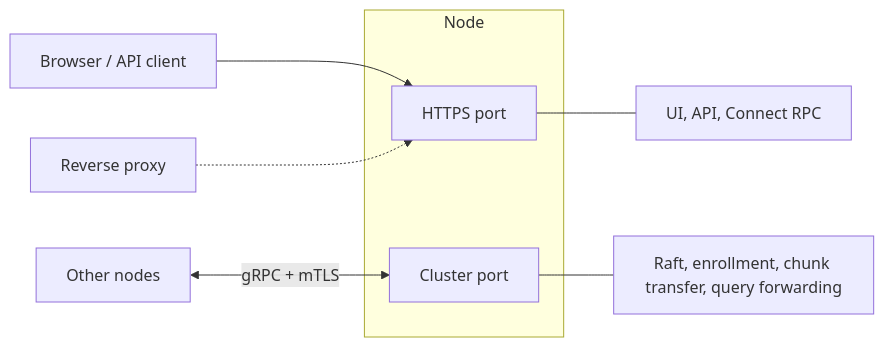
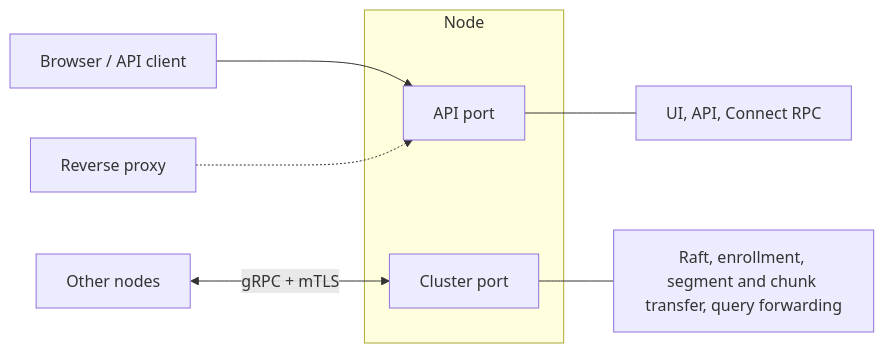
One commit to kluzzebass/gastrolog changed the first of 5 diagrams in docs/cluster_enrollment.md. Above: the diagram before and after it, drawn with Mermaid. The commit also changed other lines of this file and 112 other files, not shown here.

````diff
--- a/docs/cluster_enrollment.md
+++ b/docs/cluster_enrollment.md
@@ -16,14 +16,14 @@
 ```mermaid
 flowchart LR
     subgraph Node
-        HTTPS["HTTPS port"]
+        API["API port"]
         Cluster["Cluster port"]
     end
 
-    Browser["Browser / API client"] --> HTTPS
-    Proxy["Reverse proxy"] -.-> HTTPS
+    Browser["Browser / API client"] --> API
+    Proxy["Reverse proxy"] -.-> API
     OtherNode["Other nodes"] <-->|"gRPC + mTLS"| Cluster
 
-    HTTPS --- ui["UI, API, Connect RPC"]
-    Cluster --- raft["Raft, enrollment, chunk transfer, query forwarding"]
+    API --- ui["UI, API, Connect RPC"]
+    Cluster --- raft["Raft, enrollment, segment and chunk transfer, query forwarding"]
 ```
````
